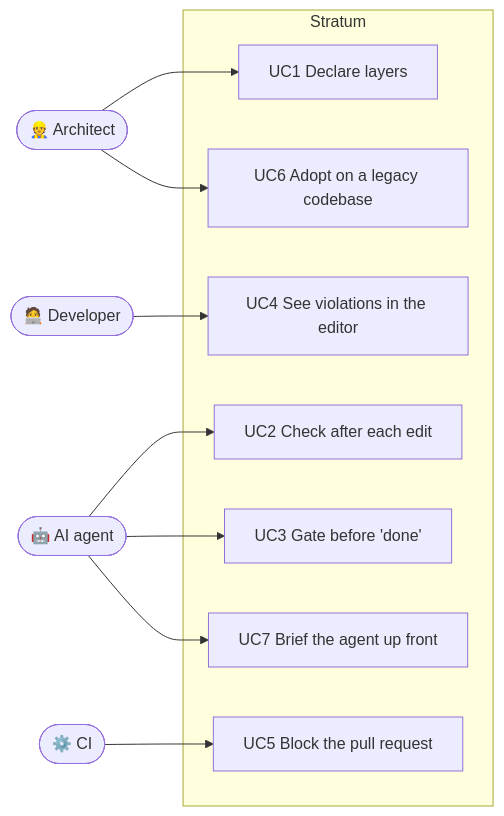
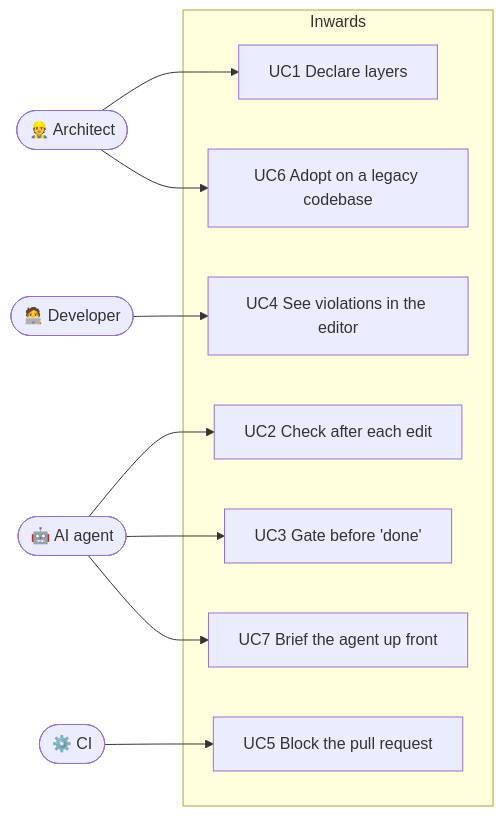
Before and after one commit to SirCypkowskyy/inwards: the second of 2 diagrams in docs/chapters/02-Business-Context.md, drawn with Mermaid. The commit also changed other lines of this file and 46 other files, not shown here.

First line of the commit message:
Rename Stratum to Inwards; publish docs on GitHub Pages

````diff
--- a/docs/chapters/02-Business-Context.md
+++ b/docs/chapters/02-Business-Context.md
@@ -166,25 +166,25 @@
 ```mermaid
 flowchart LR
     arch(["👷 Architect"])
     dev(["🧑‍💻 Developer"])
     agent(["🤖 AI agent"])
     ci(["⚙️ CI"])
 
-    subgraph S["Stratum"]
+    subgraph S["Inwards"]
         UC1["UC1 Declare layers"]
         UC2["UC2 Check after each edit"]
         UC3["UC3 Gate before 'done'"]
         UC4["UC4 See violations in the editor"]
         UC5["UC5 Block the pull request"]
         UC6["UC6 Adopt on a legacy codebase"]
         UC7["UC7 Brief the agent up front"]
     end
 
     arch --> UC1
     arch --> UC6
     agent --> UC2
     agent --> UC3
     agent --> UC7
     dev --> UC4
     ci --> UC5
 ```
````
